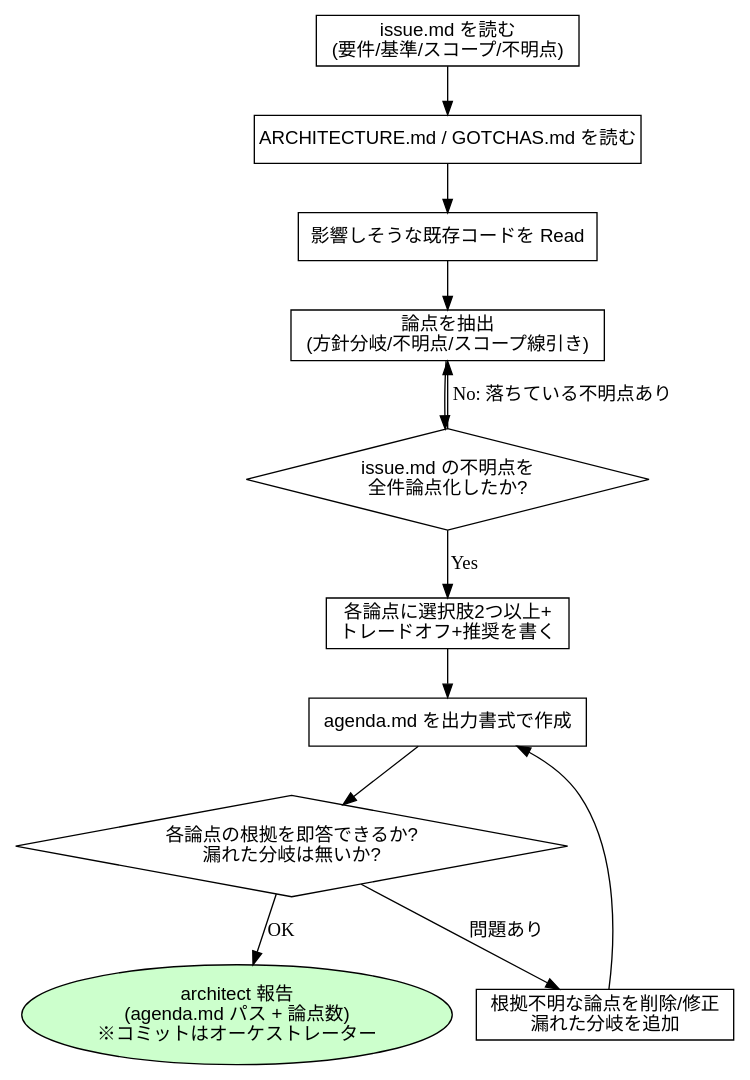
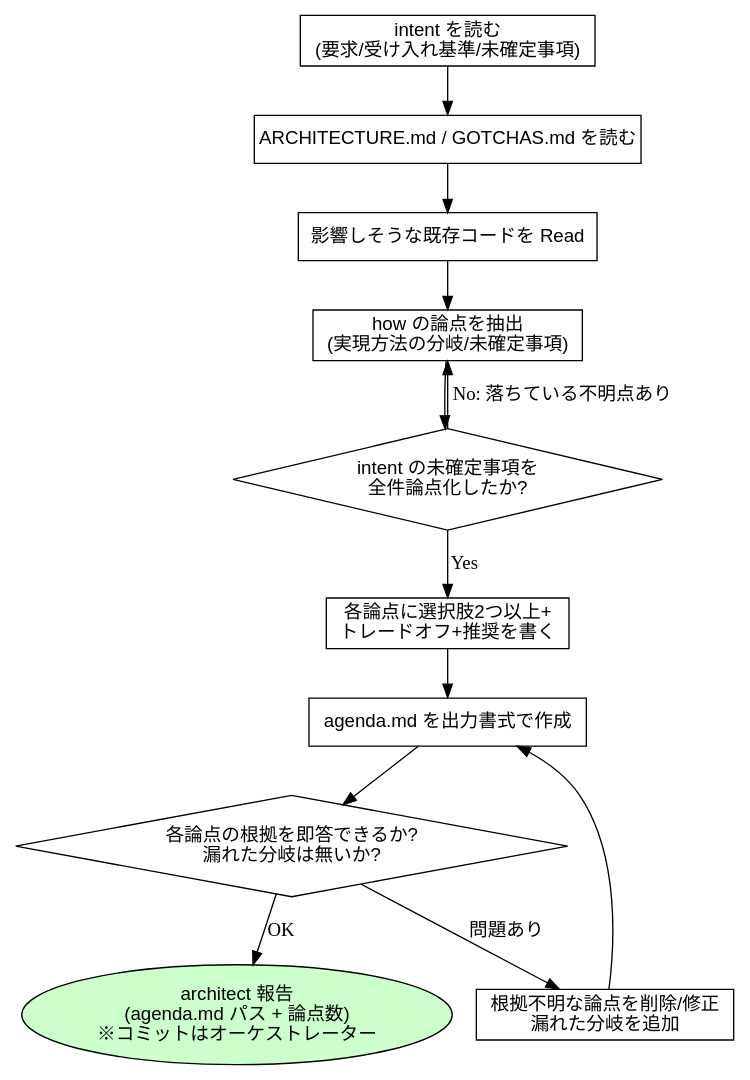
The first of 15 diagrams in plugins/codiel/docs/skill-flowcharts.md (Amatsuka-kobo/amatsuka-claude-plugins), drawn with Graphviz before and after one commit. The commit also changed other lines of this file and 15 other files, not shown here.

````diff
--- a/plugins/codiel/docs/skill-flowcharts.md
+++ b/plugins/codiel/docs/skill-flowcharts.md
@@ -45,25 +8,25 @@
 ```dot
 digraph preparing_design_agendas {
   rankdir=TB;
   node [fontname="sans-serif"];
 
-  read_issue [label="issue.md を読む\n(要件/基準/スコープ/不明点)", shape=box];
+  read_issue [label="intent を読む\n(要求/受け入れ基準/未確定事項)", shape=box];
   read_docs [label="ARCHITECTURE.md / GOTCHAS.md を読む", shape=box];
   read_code [label="影響しそうな既存コードを Read", shape=box];
-  extract [label="論点を抽出\n(方針分岐/不明点/スコープ線引き)", shape=box];
-  unknowns [label="issue.md の不明点を\n全件論点化したか?", shape=diamond];
+  extract [label="how の論点を抽出\n(実現方法の分岐/未確定事項)", shape=box];
+  unknowns [label="intent の未確定事項を\n全件論点化したか?", shape=diamond];
   options [label="各論点に選択肢2つ以上+\nトレードオフ+推奨を書く", shape=box];
   write [label="agenda.md を出力書式で作成", shape=box];
   selfcheck [label="各論点の根拠を即答できるか?\n漏れた分岐は無いか?", shape=diamond];
   fix [label="根拠不明な論点を削除/修正\n漏れた分岐を追加", shape=box];
   done [label="architect 報告\n(agenda.md パス + 論点数)\n※コミットはオーケストレーター", shape=ellipse, style=filled, fillcolor="#ccffcc"];
 
   read_issue -> read_docs -> read_code -> extract -> unknowns;
   unknowns -> extract [label="No: 落ちている不明点あり"];
   unknowns -> options [label="Yes"];
   options -> write -> selfcheck;
   selfcheck -> fix [label="問題あり"];
   fix -> write;
   selfcheck -> done [label="OK"];
 }
 ```
````
